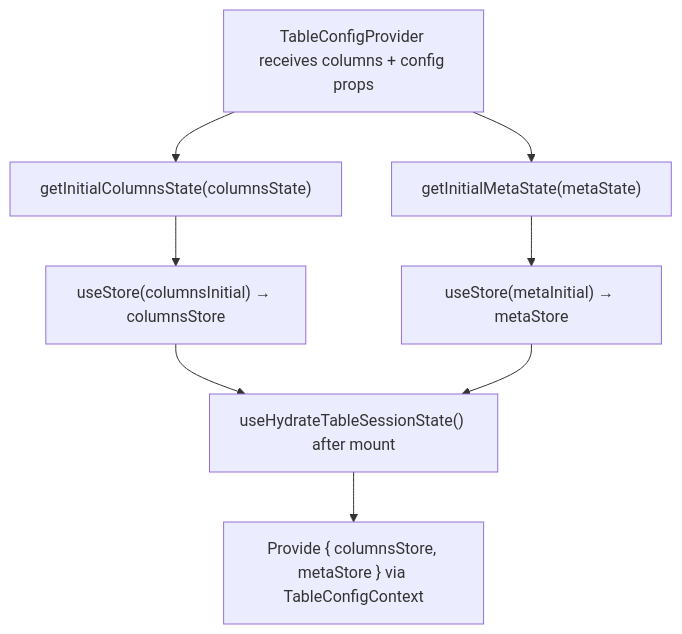
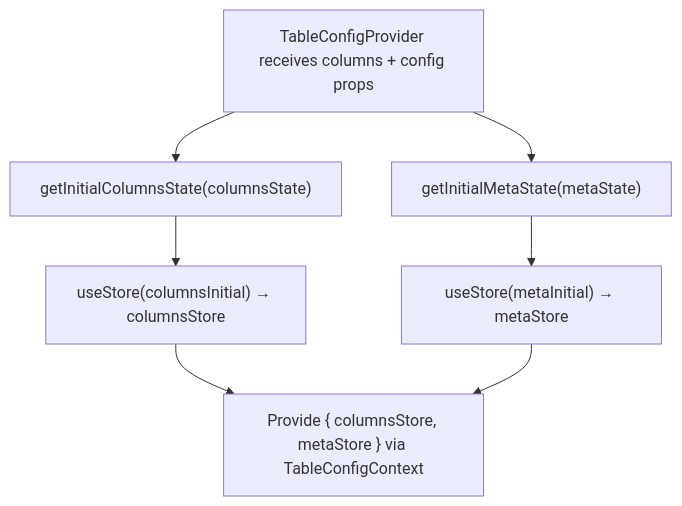
The second of 2 diagrams in apps/react-router/src/components/Table/contexts/TableConfig/ARCHITECTURE.md (luciocabrera/lcabrera-stack), drawn with Mermaid before and after one commit. The commit also changed other lines of this file and 43 other files, not shown here.

````diff
--- a/apps/react-router/src/components/Table/contexts/TableConfig/ARCHITECTURE.md
+++ b/apps/react-router/src/components/Table/contexts/TableConfig/ARCHITECTURE.md
@@ -156,11 +157,10 @@
 ```mermaid
 graph TD
   A["TableConfigProvider receives columns + config props"]
   A --> B["getInitialColumnsState(columnsState)"]
   A --> C["getInitialMetaState(metaState)"]
   B --> D["useStore(columnsInitial) → columnsStore"]
   C --> E["useStore(metaInitial) → metaStore"]
-  D --> F["useHydrateTableSessionState() after mount"]
+  D --> F["Provide { columnsStore, metaStore } via TableConfigContext"]
   E --> F
-  F --> G["Provide { columnsStore, metaStore } via TableConfigContext"]
 ```
````
